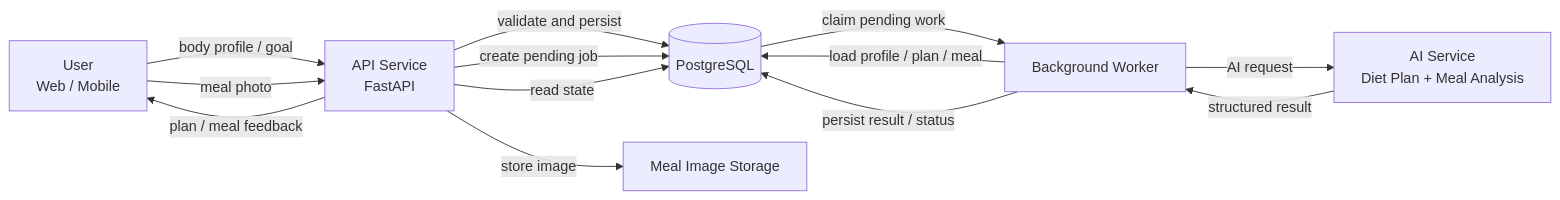
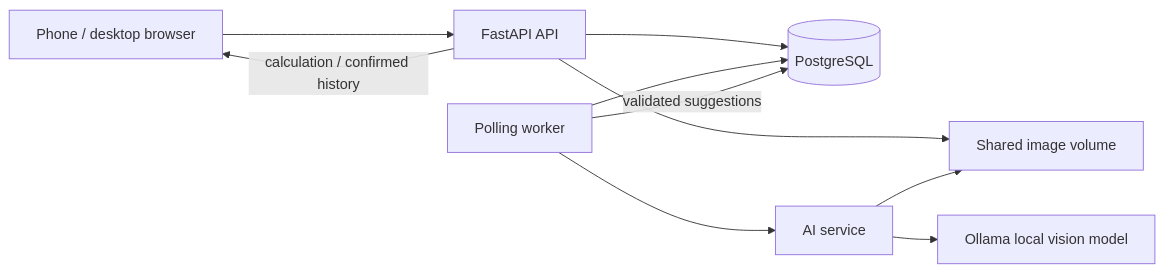
The diagram in submissions/week04/README.md (BoxiangZ/NourishLoop), drawn with Mermaid before and after one commit. The commit also changed other lines of this file and 4 other files, not shown here.

````diff
--- a/submissions/week04/README.md
+++ b/submissions/week04/README.md
@@ -162,25 +41,12 @@
 ```mermaid
 flowchart LR
-    U[User<br/>Web / Mobile]
-    API[API Service<br/>FastAPI]
-    DB[(PostgreSQL)]
-    W[Background Worker]
-    AI[AI Service<br/>Diet Plan + Meal Analysis]
-    IMG[Meal Image Storage]
-
-    U -->|body profile / goal| API
-    U -->|meal photo| API
-
-    API -->|validate and persist| DB
-    API -->|store image| IMG
-    API -->|create pending job| DB
-
-    DB -->|claim pending work| W
-    W -->|load profile / plan / meal| DB
-    W -->|AI request| AI
-    AI -->|structured result| W
-    W -->|persist result / status| DB
-
-    API -->|read state| DB
-    API -->|plan / meal feedback| U
+    UI[Phone / desktop browser] --> API[FastAPI API]
+    API --> DB[(PostgreSQL)]
+    API --> IMG[Shared image volume]
+    W[Polling worker] --> DB
+    W --> AI[AI service]
+    AI --> IMG
+    AI --> V[Ollama local vision model]
+    W -->|validated suggestions| DB
+    API -->|calculation / confirmed history| UI
 ```
````
